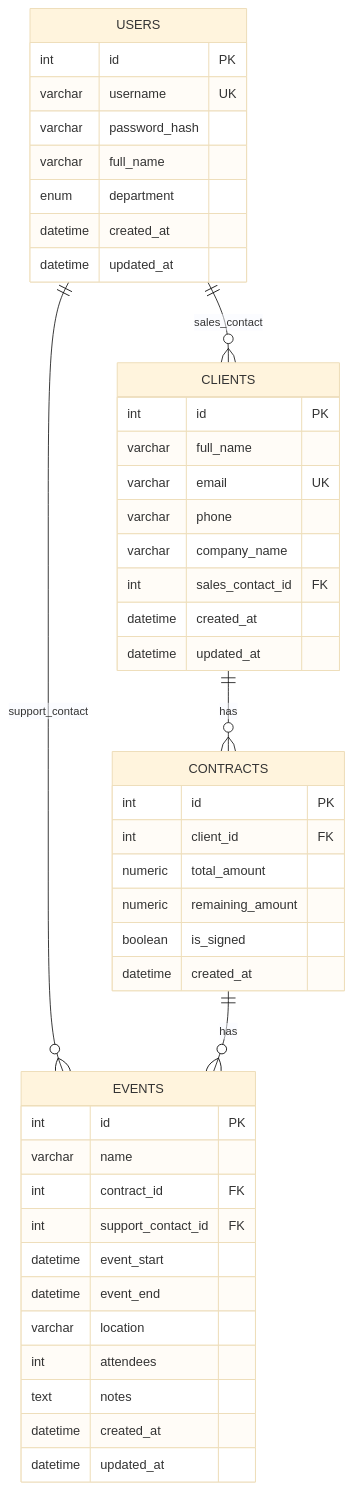
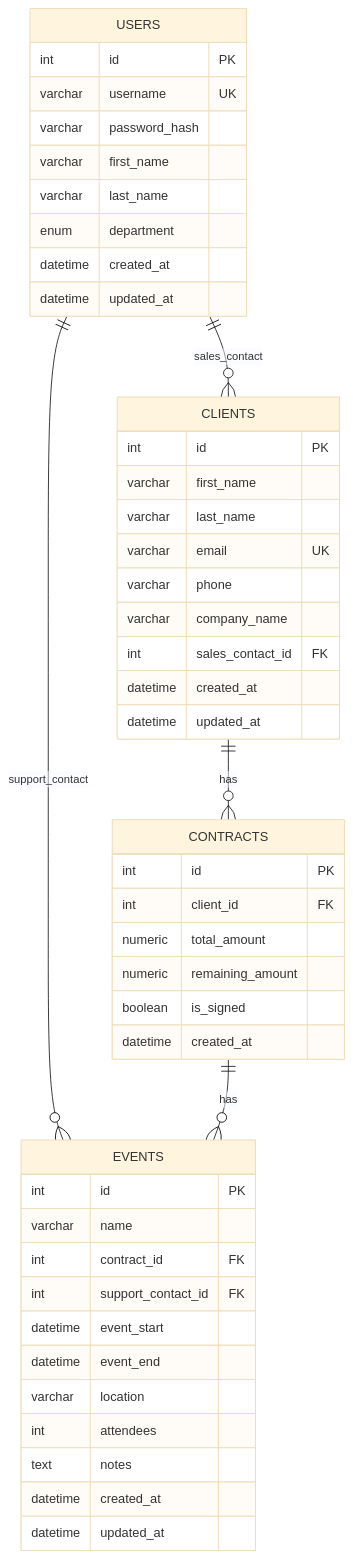
One commit to SebGris/project-12-architecture-back-end changed the diagram in doc/database-schema.md. Above: the diagram before and after it, drawn with Mermaid (base theme). The commit also changed other lines of this file, not shown here.

Commit message:
Correction des noms de colonnes dans le schéma de base de données : remplacement de 'full_name' par 'first_name' et 'last_name' pour une meilleure clarté.

````diff
--- a/doc/database-schema.md
+++ b/doc/database-schema.md
@@ -360,51 +364,53 @@
 ```mermaid
 erDiagram
     USERS ||--o{ CLIENTS : "sales_contact"
     USERS ||--o{ EVENTS : "support_contact"
     CLIENTS ||--o{ CONTRACTS : "has"
     CONTRACTS ||--o{ EVENTS : "has"
 
     USERS {
         int id PK
         varchar username UK
         varchar password_hash
-        varchar full_name
+        varchar first_name
+        varchar last_name
         enum department
         datetime created_at
         datetime updated_at
     }
 
     CLIENTS {
         int id PK
-        varchar full_name
+        varchar first_name
+        varchar last_name
         varchar email UK
         varchar phone
         varchar company_name
         int sales_contact_id FK
         datetime created_at
         datetime updated_at
     }
 
     CONTRACTS {
         int id PK
         int client_id FK
         numeric total_amount
         numeric remaining_amount
         boolean is_signed
         datetime created_at
     }
 
     EVENTS {
         int id PK
         varchar name
         int contract_id FK
         int support_contact_id FK
         datetime event_start
         datetime event_end
         varchar location
         int attendees
         text notes
         datetime created_at
         datetime updated_at
     }
 ```
````
